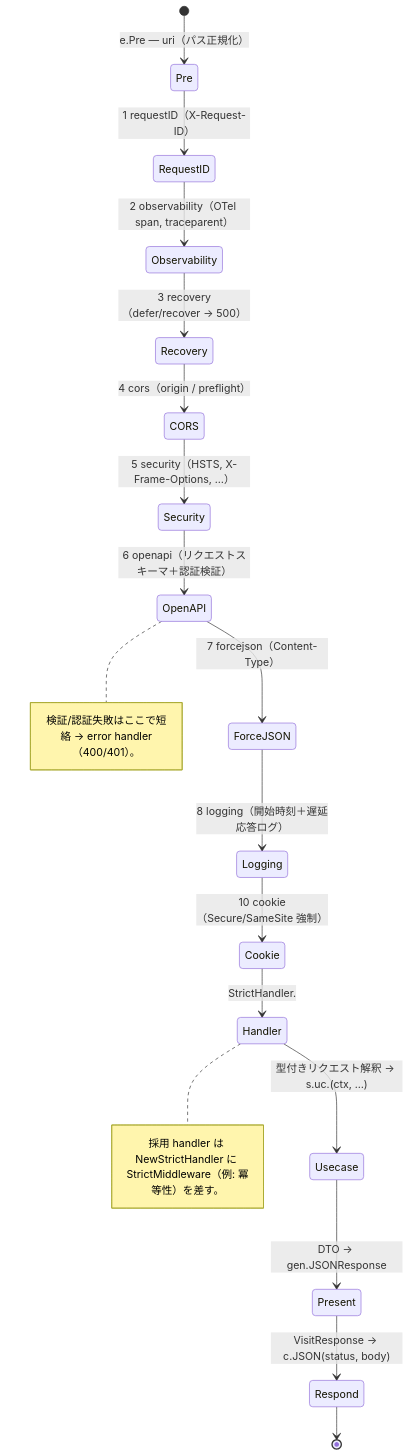
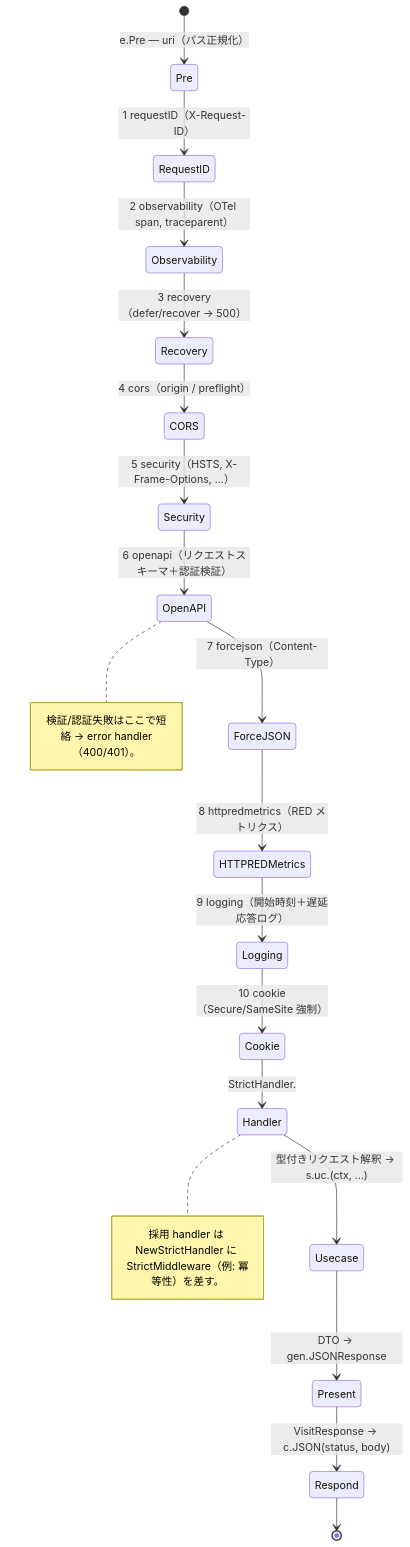
The second of 6 diagrams in docs/ja/design/rest.ja.md (Tomy-ch/go-boilerplate), drawn with Mermaid before and after one commit. The commit also changed other lines of this file and 41 other files, not shown here.

````diff
--- a/docs/ja/design/rest.ja.md
+++ b/docs/ja/design/rest.ja.md
@@ -58,25 +58,26 @@
 ```mermaid
 stateDiagram-v2
     [*] --> Pre: e.Pre — uri（パス正規化）
     Pre --> RequestID: 1 requestID（X-Request-ID）
     RequestID --> Observability: 2 observability（OTel span, traceparent）
     Observability --> Recovery: 3 recovery（defer/recover → 500）
     Recovery --> CORS: 4 cors（origin / preflight）
     CORS --> Security: 5 security（HSTS, X-Frame-Options, …）
     Security --> OpenAPI: 6 openapi（リクエストスキーマ＋認証検証）
     OpenAPI --> ForceJSON: 7 forcejson（Content-Type）
-    ForceJSON --> Logging: 8 logging（開始時刻＋遅延応答ログ）
+    ForceJSON --> HTTPREDMetrics: 8 httpredmetrics（RED メトリクス）
+    HTTPREDMetrics --> Logging: 9 logging（開始時刻＋遅延応答ログ）
     Logging --> Cookie: 10 cookie（Secure/SameSite 強制）
     Cookie --> Handler: StrictHandler.<Op>
     Handler --> Usecase: 型付きリクエスト解釈 → s.uc.<Method>(ctx, …)
     Usecase --> Present: DTO → gen.<Op><Status>JSONResponse
     Present --> Respond: VisitResponse → c.JSON(status, body)
     Respond --> [*]
 
     note right of OpenAPI
       検証/認証失敗はここで短絡 → error handler（400/401）。
     end note
     note right of Handler
       採用 handler は NewStrictHandler に StrictMiddleware（例: 冪等性）を差す。
     end note
 ```
````
